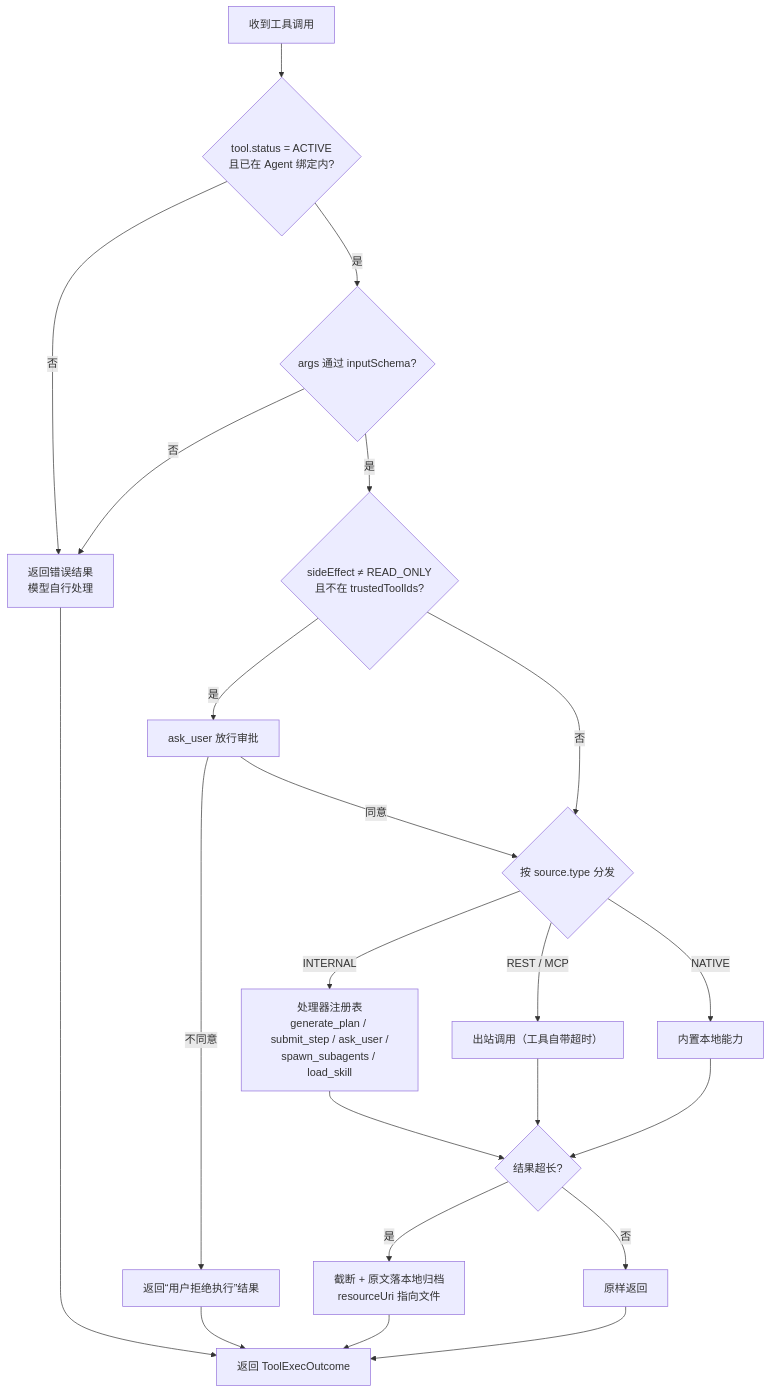
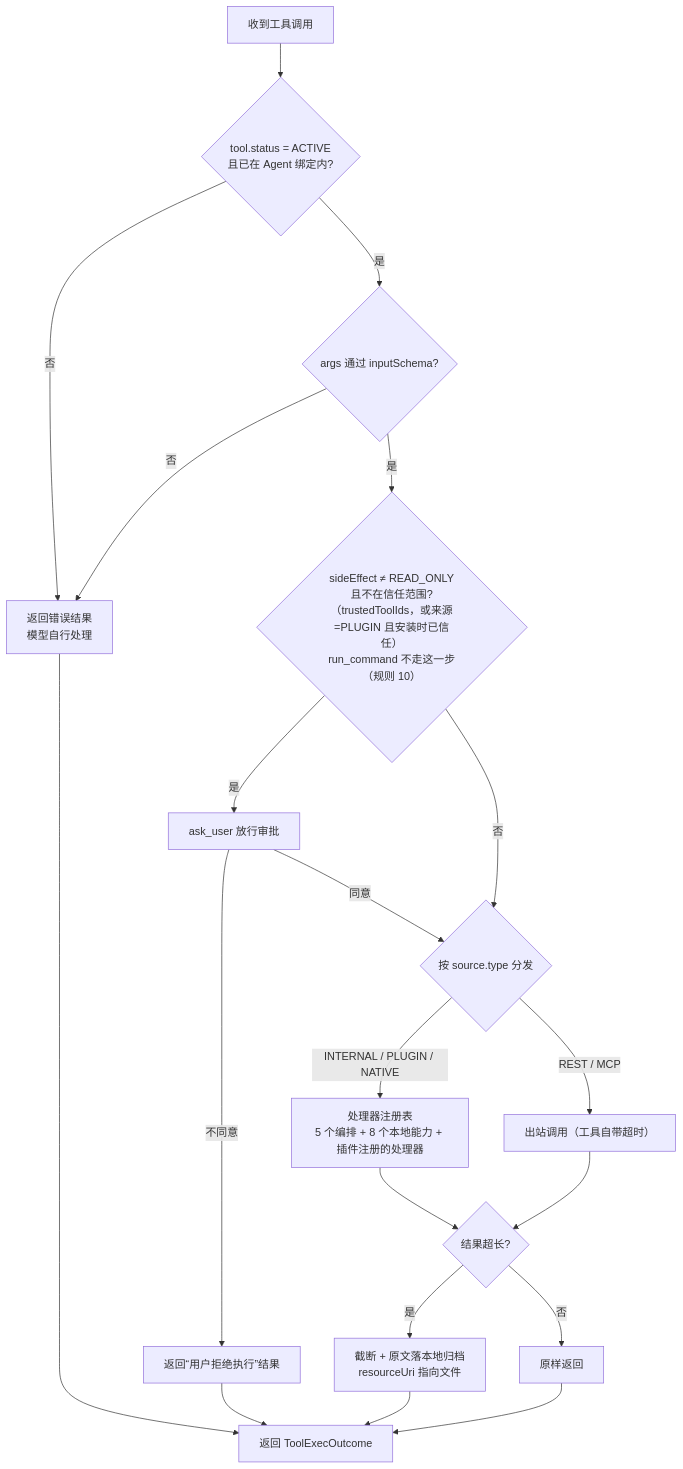
The third of 6 diagrams in model/模块-行动.md (zcd0831/Jellyfish-Docs), drawn with Mermaid before and after one commit. The commit also changed other lines of this file and 16 other files, not shown here.

````diff
--- a/model/模块-行动.md
+++ b/model/模块-行动.md
@@ -486,24 +580,22 @@
 ```mermaid
 flowchart TD
     A[收到工具调用] --> B{tool.status = ACTIVE<br/>且已在 Agent 绑定内?}
     B -- 否 --> X[返回错误结果<br/>模型自行处理]
     B -- 是 --> C{args 通过 inputSchema?}
     C -- 否 --> X
-    C -- 是 --> D{sideEffect ≠ READ_ONLY<br/>且不在 trustedToolIds?}
+    C -- 是 --> D{sideEffect ≠ READ_ONLY<br/>且不在信任范围?<br/>（trustedToolIds，或来源=PLUGIN 且安装时已信任）<br/>run_command 不走这一步（规则 10）}
     D -- 是 --> E[ask_user 放行审批]
     E -- 不同意 --> X2[返回“用户拒绝执行”结果]
     E -- 同意 --> F{按 source.type 分发}
     D -- 否 --> F
-    F -->|INTERNAL| G[处理器注册表<br/>generate_plan / submit_step / ask_user /<br/>spawn_subagents / load_skill]
+    F -->|INTERNAL / PLUGIN / NATIVE| G[处理器注册表<br/>5 个编排 + 8 个本地能力 + 插件注册的处理器]
     F -->|REST / MCP| H[出站调用（工具自带超时）]
-    F -->|NATIVE| I[内置本地能力]
     G --> J{结果超长?}
     H --> J
-    I --> J
     J -- 是 --> K[截断 + 原文落本地归档<br/>resourceUri 指向文件]
     J -- 否 --> L[原样返回]
     K --> M[返回 ToolExecOutcome]
     L --> M
     X --> M
     X2 --> M
 ```
````
